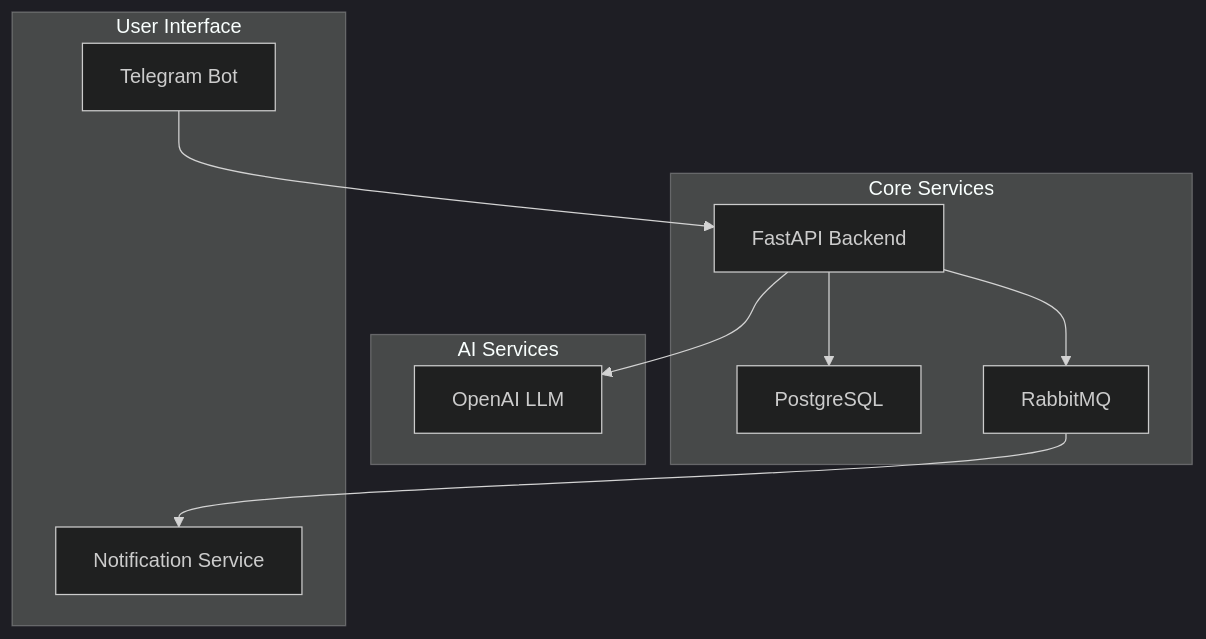
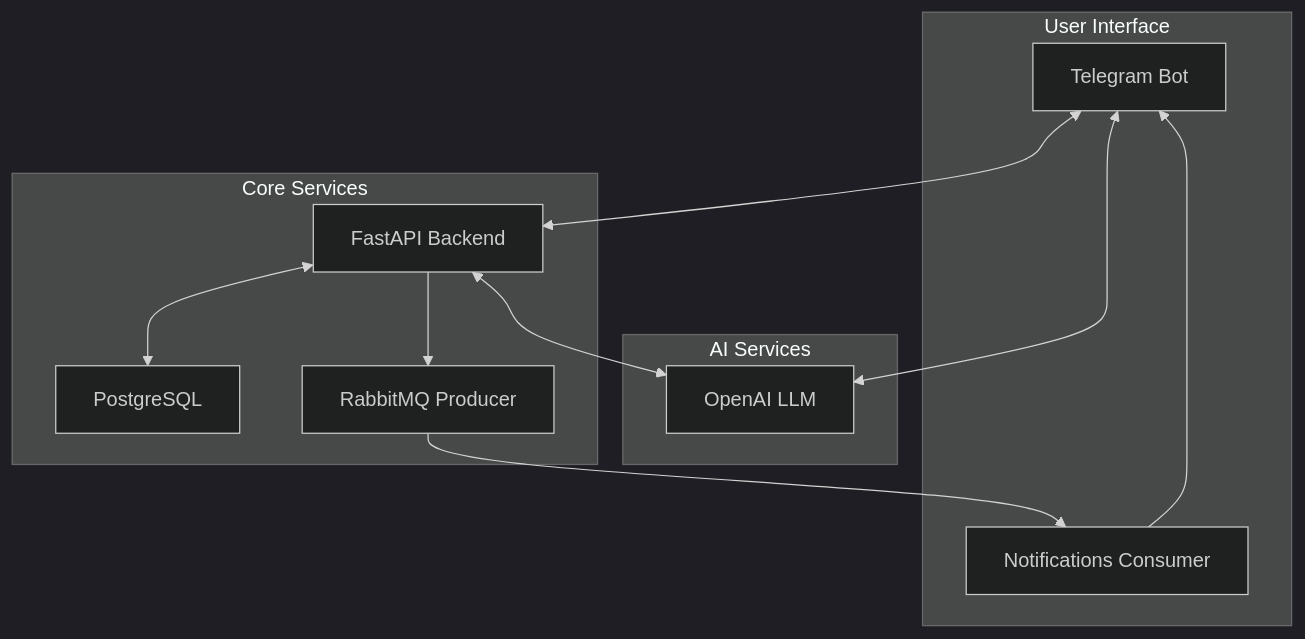
Before and after one commit to smalda/langflow: the diagram in README.md, drawn with Mermaid (dark theme).

````diff
--- a/README.md
+++ b/README.md
@@ -44,23 +44,25 @@
 ```mermaid
 graph TB
-    A[Telegram Bot] --> B[FastAPI Backend]
-    B --> C[PostgreSQL]
-    B --> D[RabbitMQ]
-    D --> E[Notification Service]
-    B --> F[OpenAI LLM]
+    A[Telegram Bot] <--> B[FastAPI Backend]
+    B <--> C[PostgreSQL]
+    B --> D[RabbitMQ Producer]
+    D --> E[Notifications Consumer]
+    B <--> F[OpenAI LLM]
+    A <--> F
+    E --> A
 
     subgraph "Core Services"
         B
         C
         D
     end
 
     subgraph "AI Services"
         F
     end
 
     subgraph "User Interface"
         A
         E
     end
 ```
````
